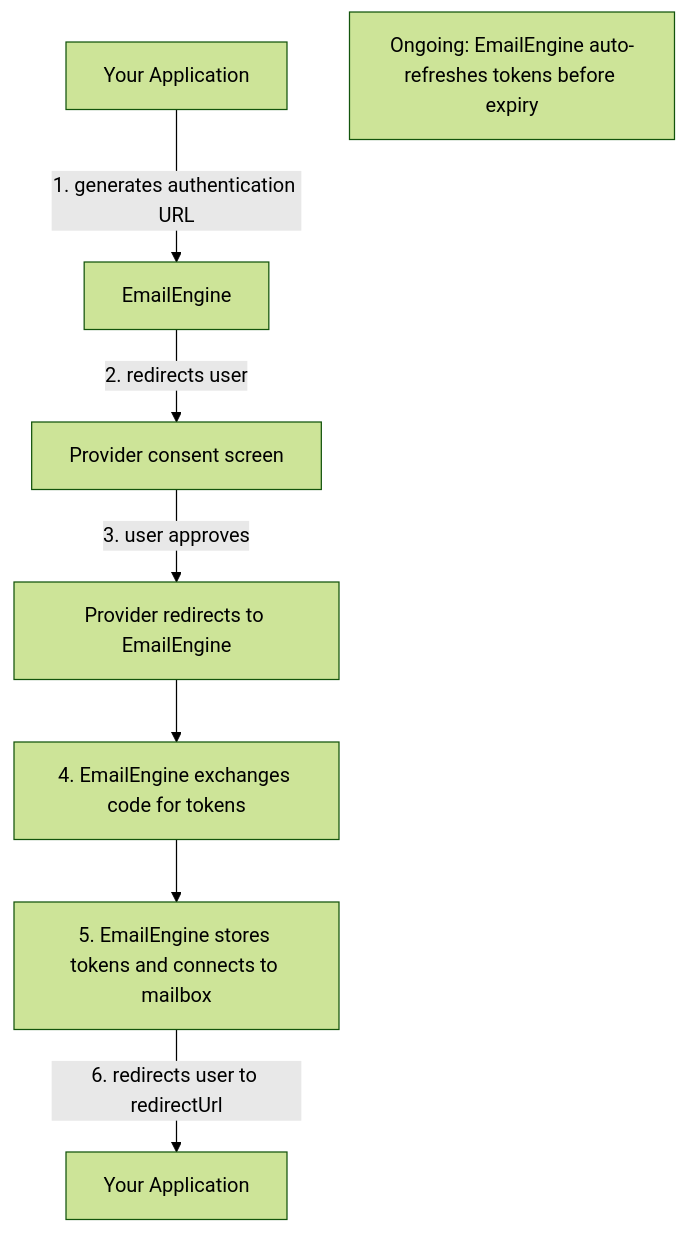
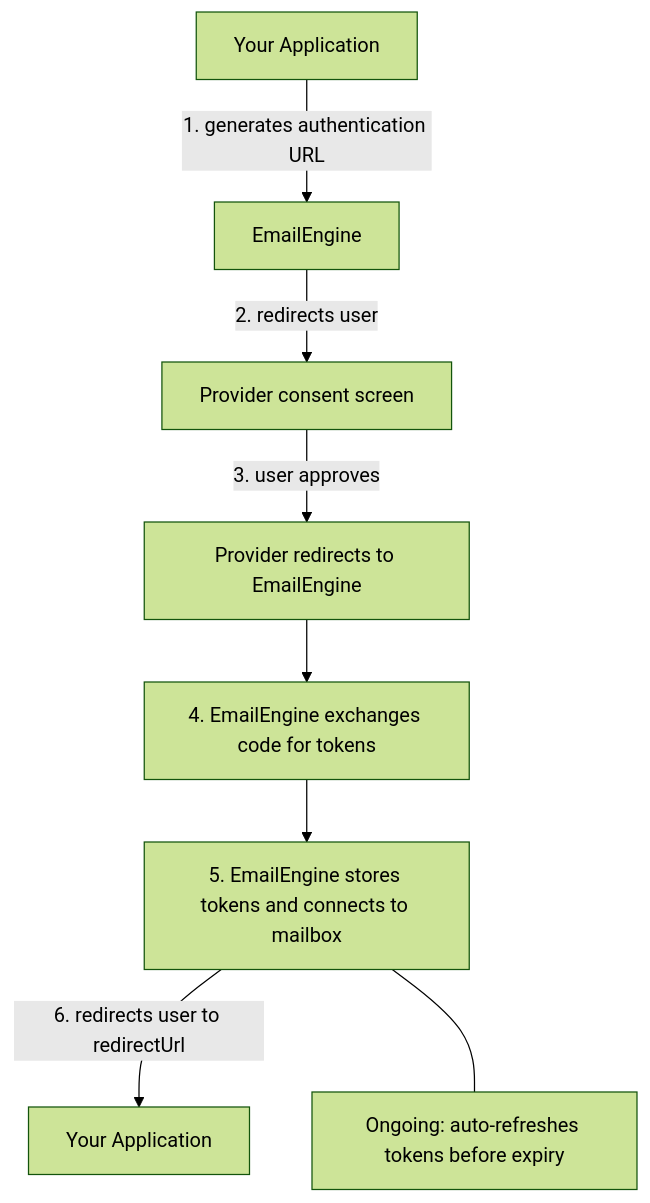
The diagram in docs/accounts/oauth2-setup.md (postalsys/learn-emailengine-app), drawn with Mermaid (forest theme) before and after one commit.

Commit message:
Position ongoing token refresh box next to mailbox connection step

````diff
--- a/docs/accounts/oauth2-setup.md
+++ b/docs/accounts/oauth2-setup.md
@@ -49,11 +49,10 @@
 ```mermaid
 flowchart TD
     A[Your Application] -->|1. generates authentication URL| B[EmailEngine]
     B -->|2. redirects user| C[Provider consent screen]
     C -->|3. user approves| D[Provider redirects to EmailEngine]
     D --> E[4. EmailEngine exchanges code for tokens]
     E --> F[5. EmailEngine stores tokens and connects to mailbox]
     F -->|6. redirects user to redirectUrl| G[Your Application]
-
-    H[Ongoing: EmailEngine auto-refreshes tokens before expiry]
+    F --- H[Ongoing: auto-refreshes tokens before expiry]
 ```
````
